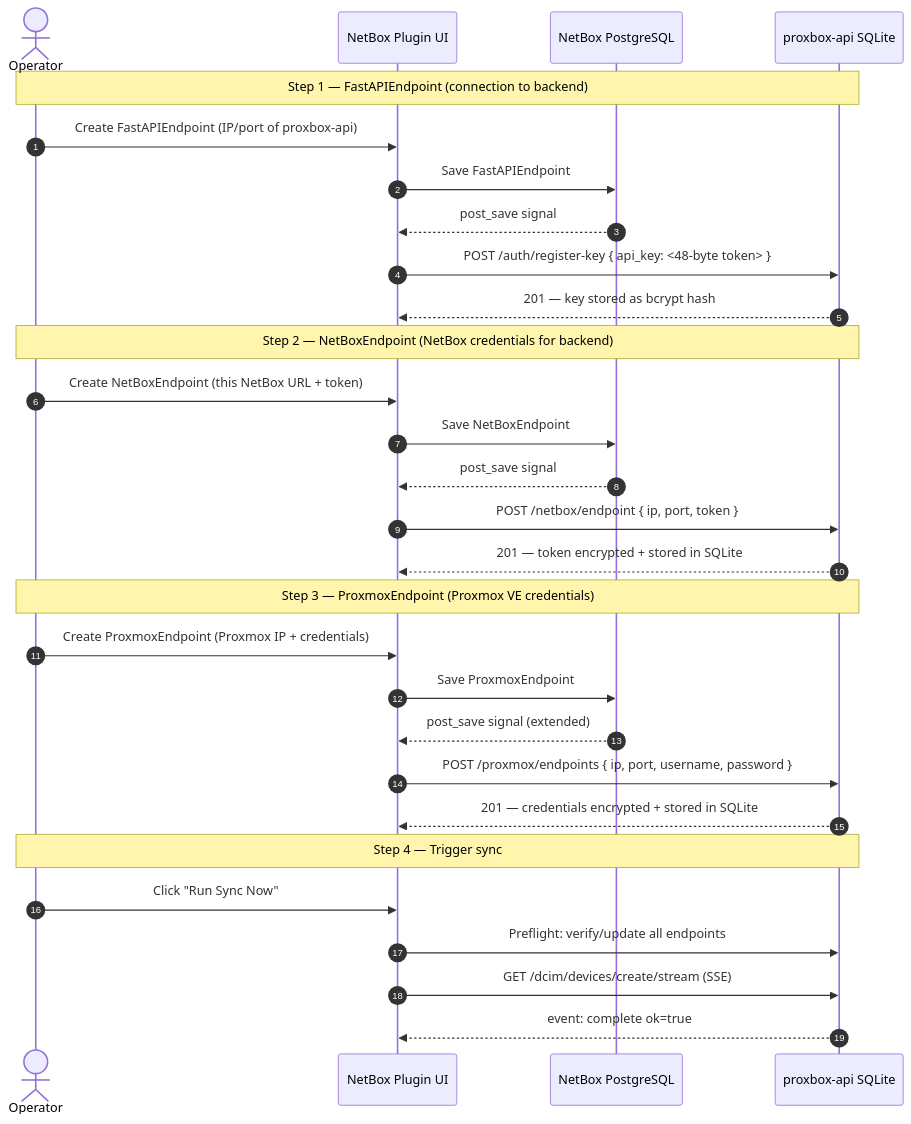
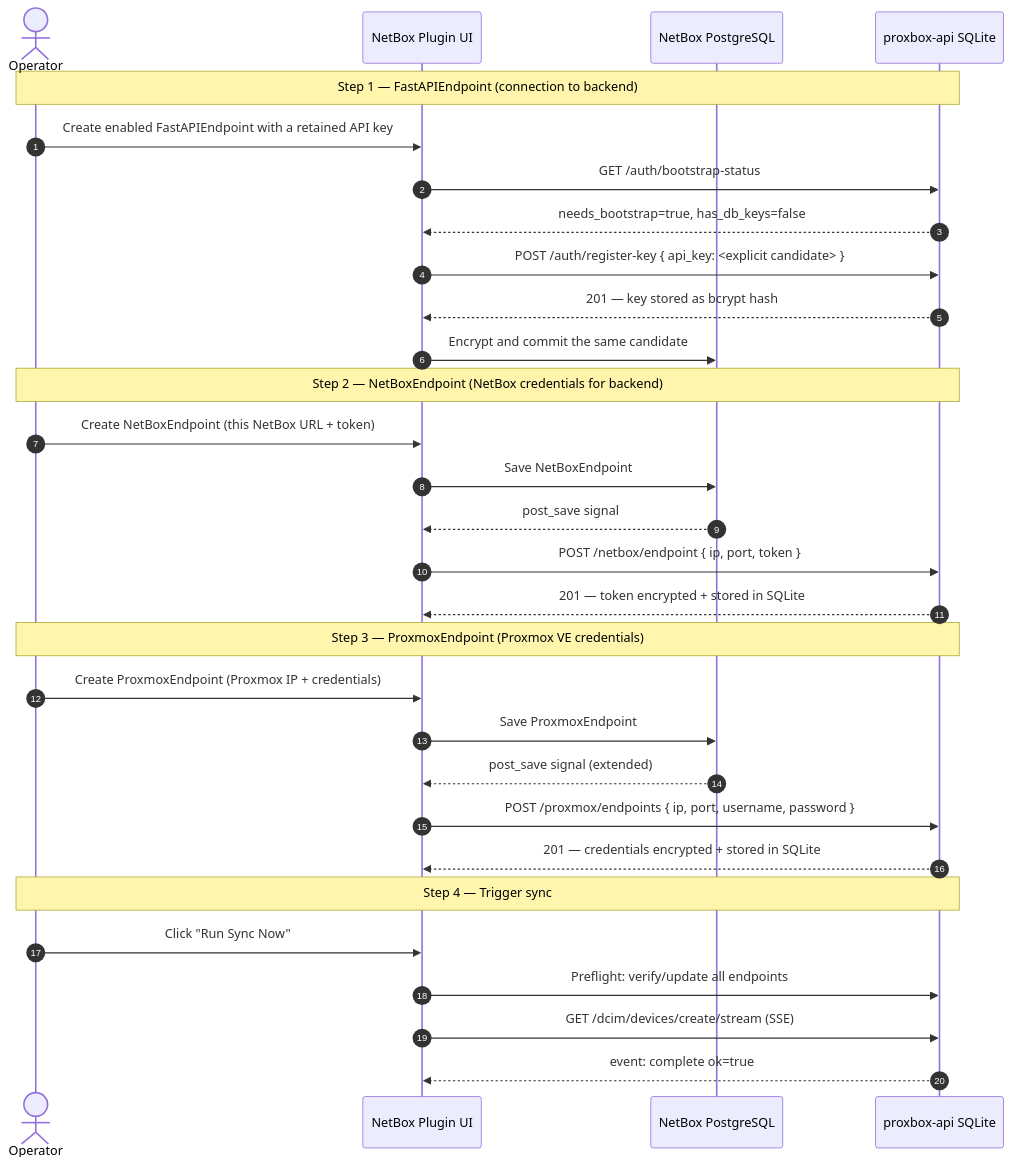
The eighth of 9 diagrams in docs/developer/endpoint-sync.md (emersonfelipesp/netbox-proxbox), drawn with Mermaid before and after one commit. The commit also changed other lines of this file and 55 other files, not shown here.

Commit message:
fix(auth): bind backend keys to reviewed targets

````diff
--- a/docs/developer/endpoint-sync.md
+++ b/docs/developer/endpoint-sync.md
@@ -746,35 +781,36 @@
 ```mermaid
 sequenceDiagram
     autonumber
     actor Op as Operator
     participant NB as NetBox Plugin UI
     participant NBPG as NetBox PostgreSQL
     participant API as proxbox-api SQLite
 
     Note over Op,API: Step 1 — FastAPIEndpoint (connection to backend)
-    Op->>NB: Create FastAPIEndpoint (IP/port of proxbox-api)
-    NB->>NBPG: Save FastAPIEndpoint
-    NBPG-->>NB: post_save signal
-    NB->>API: POST /auth/register-key { api_key: <48-byte token> }
+    Op->>NB: Create enabled FastAPIEndpoint with a retained API key
+    NB->>API: GET /auth/bootstrap-status
+    API-->>NB: needs_bootstrap=true, has_db_keys=false
+    NB->>API: POST /auth/register-key { api_key: <explicit candidate> }
     API-->>NB: 201 — key stored as bcrypt hash
+    NB->>NBPG: Encrypt and commit the same candidate
 
     Note over Op,API: Step 2 — NetBoxEndpoint (NetBox credentials for backend)
     Op->>NB: Create NetBoxEndpoint (this NetBox URL + token)
     NB->>NBPG: Save NetBoxEndpoint
     NBPG-->>NB: post_save signal
     NB->>API: POST /netbox/endpoint { ip, port, token }
     API-->>NB: 201 — token encrypted + stored in SQLite
 
     Note over Op,API: Step 3 — ProxmoxEndpoint (Proxmox VE credentials)
     Op->>NB: Create ProxmoxEndpoint (Proxmox IP + credentials)
     NB->>NBPG: Save ProxmoxEndpoint
     NBPG-->>NB: post_save signal (extended)
     NB->>API: POST /proxmox/endpoints { ip, port, username, password }
     API-->>NB: 201 — credentials encrypted + stored in SQLite
 
     Note over Op,API: Step 4 — Trigger sync
     Op->>NB: Click "Run Sync Now"
     NB->>API: Preflight: verify/update all endpoints
     NB->>API: GET /dcim/devices/create/stream (SSE)
     API-->>NB: event: complete ok=true
 ```
````
